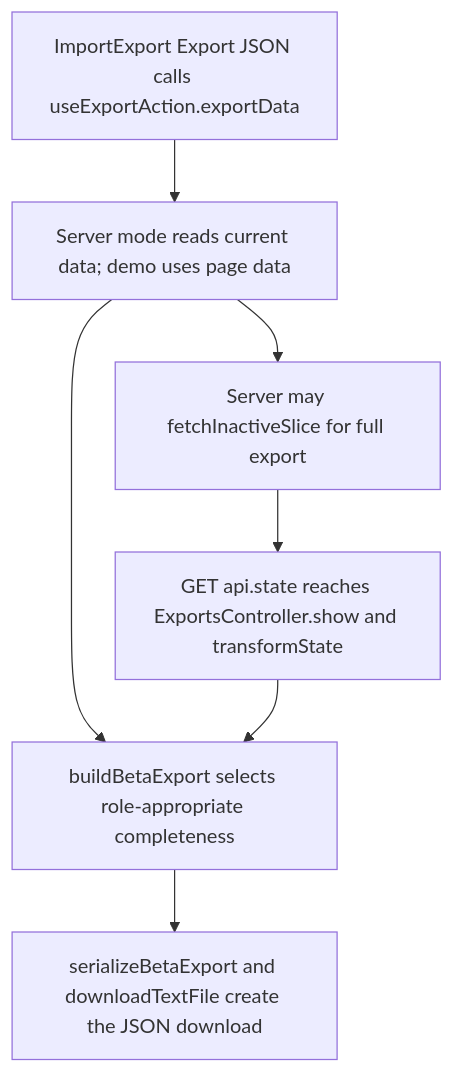
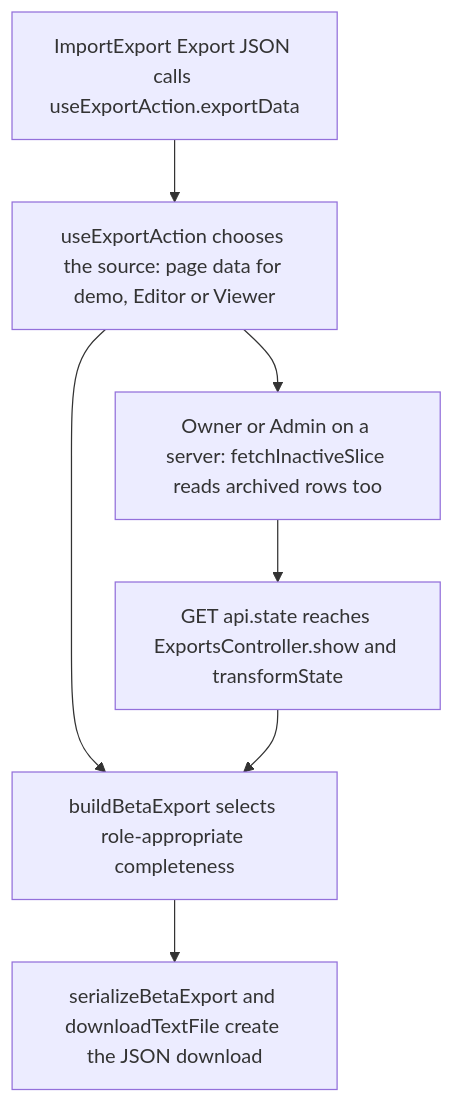
The second of 2 diagrams in user-stories/data/US-DAT-01-export-json.md (Kevinjohn/capacitylens), drawn with Mermaid before and after one commit. The commit also changed other lines of this file and 119 other files, not shown here.

First line of the commit message:
docs: correct story text and flow diagrams against current source

````diff
--- a/user-stories/data/US-DAT-01-export-json.md
+++ b/user-stories/data/US-DAT-01-export-json.md
@@ -27,9 +28,9 @@
 ```mermaid
 flowchart TD
-  button["ImportExport Export JSON calls useExportAction.exportData"] --> mode["Server mode reads current data; demo uses page data"]
-  mode --> fetch["Server may fetchInactiveSlice for full export"]
+  button["ImportExport Export JSON calls useExportAction.exportData"] --> mode["useExportAction chooses the source: page data for demo, Editor or Viewer"]
+  mode --> fetch["Owner or Admin on a server: fetchInactiveSlice reads archived rows too"]
   fetch --> route["GET api.state reaches ExportsController.show and transformState"]
   mode --> build["buildBetaExport selects role-appropriate completeness"]
   route --> build
   build --> file["serializeBetaExport and downloadTextFile create the JSON download"]
 ```
````
